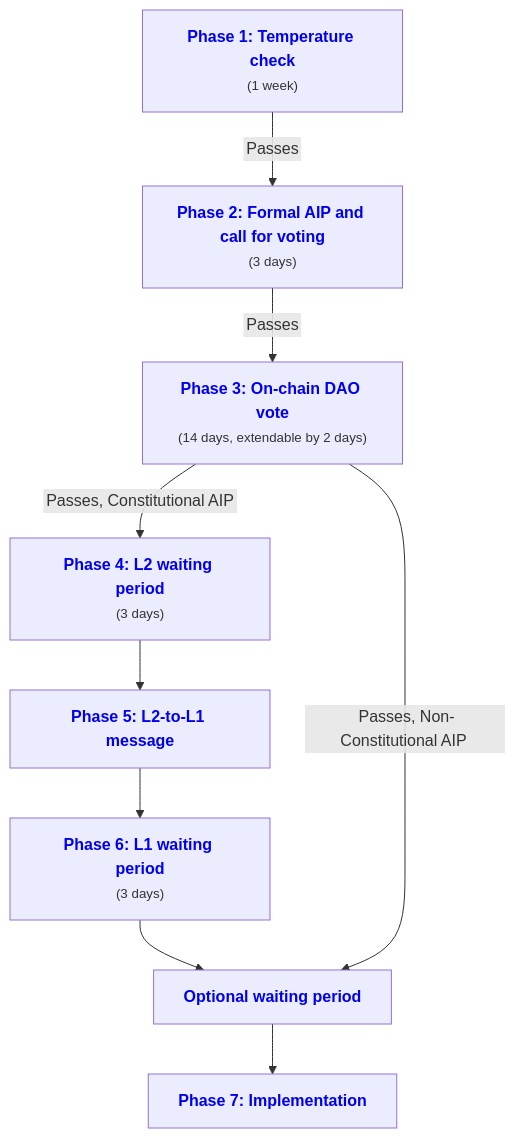
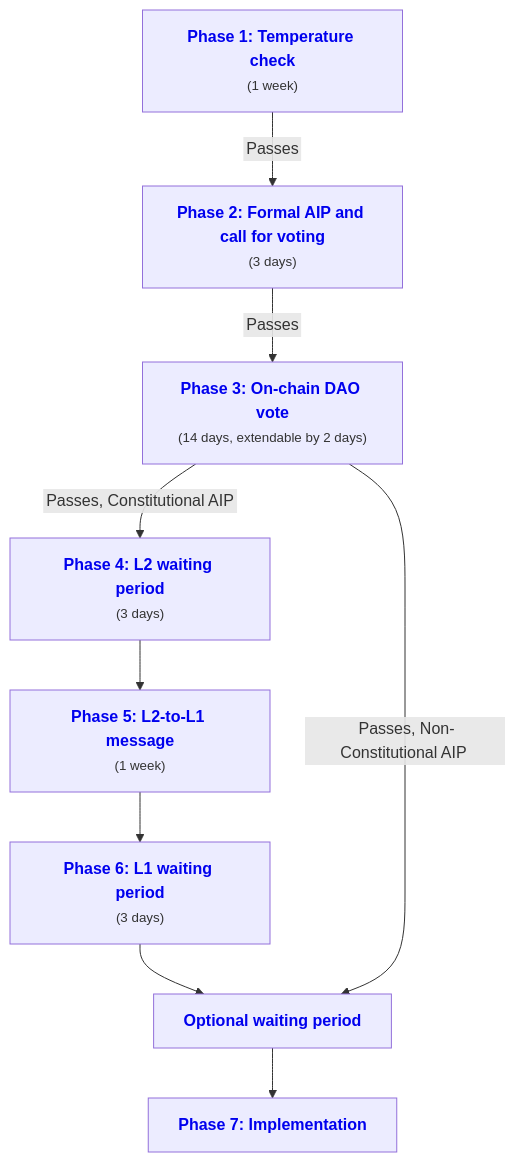
One commit to ArbitrumFoundation/docs changed the diagram in docs/concepts/lifecycle-anatomy-aip-proposal.md. Above: the diagram before and after it, drawn with Mermaid. The commit also changed other lines of this file, not shown here.

````diff
--- a/docs/concepts/lifecycle-anatomy-aip-proposal.md
+++ b/docs/concepts/lifecycle-anatomy-aip-proposal.md
@@ -47,12 +47,12 @@
 ```mermaid
 graph TD;
   B["<a href='#phase-1-temperature-check-optional-but-recommended' style='text-decoration:none;'><b>Phase 1: Temperature check</b></a><br/><span style='font-size:smaller'>(1 week)</span>"];
   B -->|"<span style='padding: 3px;'>Passes</span>"| C["<a href='#phase-2-formal-aip-and-call-for-voting' style='text-decoration:none;'><b>Phase 2: Formal AIP and call for voting</b></a><br/><span style='font-size:smaller'>(3 days)</span>"];
   C -->|"<span style='padding: 3px;'>Passes</span>"| D["<a href='#phase-3-on-chain-dao-vote' style='text-decoration:none;'><b>Phase 3: On-chain DAO vote</b></a><br/><span style='font-size:smaller'>(14 days, extendable by 2 days)</span>"];
   D -->|"<span style='padding: 3px;'>Passes, Constitutional AIP</span>"| E["<a href='#phase-4-l2-waiting-period' style='text-decoration:none;'><b>Phase 4: L2 waiting period</b></a><br/><span style='font-size:smaller'>(3 days)</span>"];
-  E --> F["<a href='#phase-5-l2-to-l1-message' style='text-decoration:none;'><b>Phase 5: L2-to-L1 message</b></a>"];
+  E --> F["<a href='#phase-5-l2-to-l1-message' style='text-decoration:none;'><b>Phase 5: L2-to-L1 message</b></a><br/><span style='font-size:smaller'>(1 week)</span>"];
   F --> G["<a href='#phase-6-l1-waiting-period' style='text-decoration:none;'><b>Phase 6: L1 waiting period</b></a><br/><span style='font-size:smaller'>(3 days)</span>"];
   G --> H["<a href='#additional-waiting-periods-optional' style='text-decoration:none;'><b>Optional waiting period</b></a>"];
   D -->|"<span style='padding: 3px;'>Passes, Non-Constitutional AIP</span>"| H["<a href='#additional-waiting-periods-optional' style='text-decoration:none;'><b>Optional waiting period</b></a>"];
   H --> I["<a href='#phase-7-implementation' style='text-decoration:none;'><b>Phase 7: Implementation</b></a>"];
 ```
````
